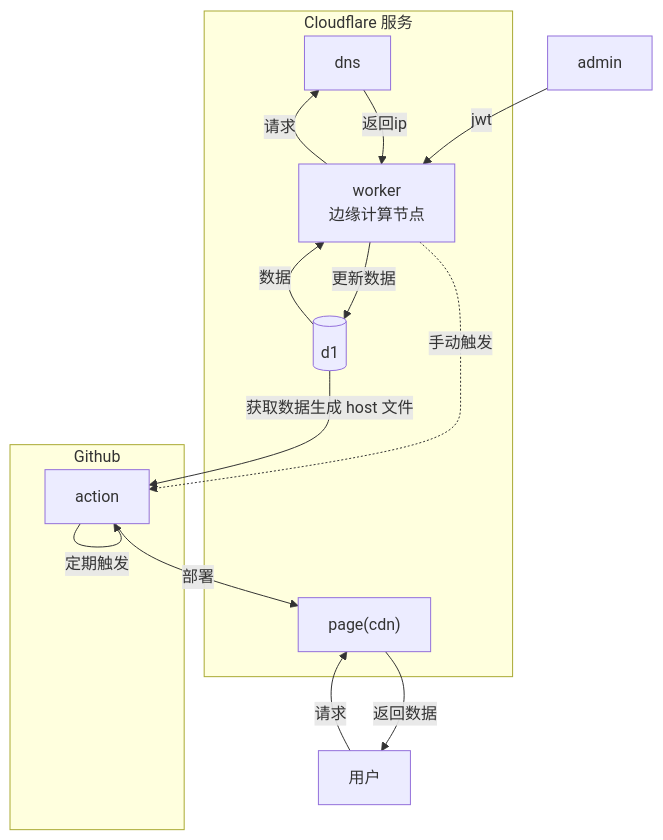
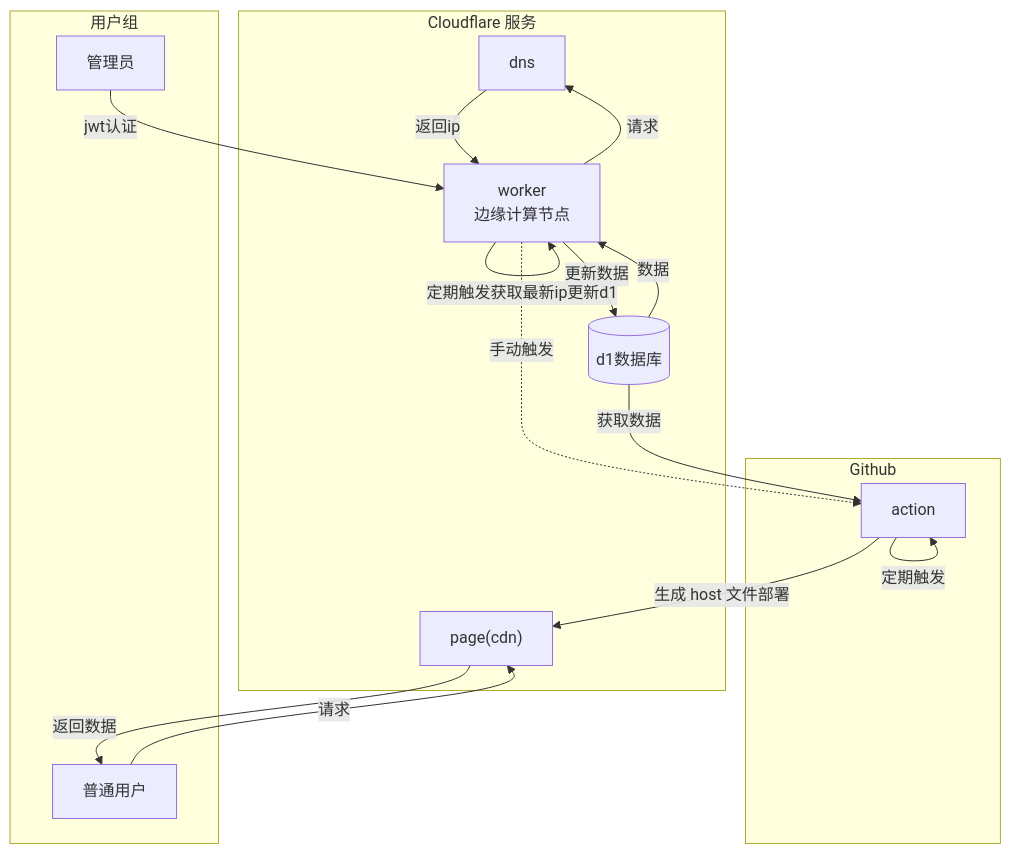
Before and after one commit to sonofmagic/host.sonofmagic.top: the diagram in apps/docs/self-host.md, drawn with Mermaid. The commit also changed other lines of this file, not shown here.

````diff
--- a/apps/docs/self-host.md
+++ b/apps/docs/self-host.md
@@ -7,24 +7,29 @@
 ```mermaid
 flowchart TB
     subgraph Cloudflare 服务
     cdn["page(cdn)"]
     dns[dns]
     worker["worker
     边缘计算节点"]
-    d1[d1]@{shape: cyl}
+    d1[d1数据库]@{shape: cyl}
     end
     subgraph Github
     github[action]
     end
+    subgraph 用户组
+    user[普通用户]
+    admin["管理员"]
+    end
     d1 --数据--> worker
-    github --部署--> cdn
+    github --生成 host 文件部署--> cdn
     github --定期触发--> github
     worker -.手动触发.-> github
     worker --请求--> dns
     dns --返回ip--> worker
     worker --更新数据--> d1
-    user[用户] --请求--> cdn
+    user --请求--> cdn
     cdn --返回数据--> user
-    d1 --获取数据生成 host 文件--> github
-    admin --jwt--> worker
+    d1 --获取数据--> github
+    admin --jwt认证--> worker
+    worker --定期触发获取最新ip更新d1--> worker
 ```
````
